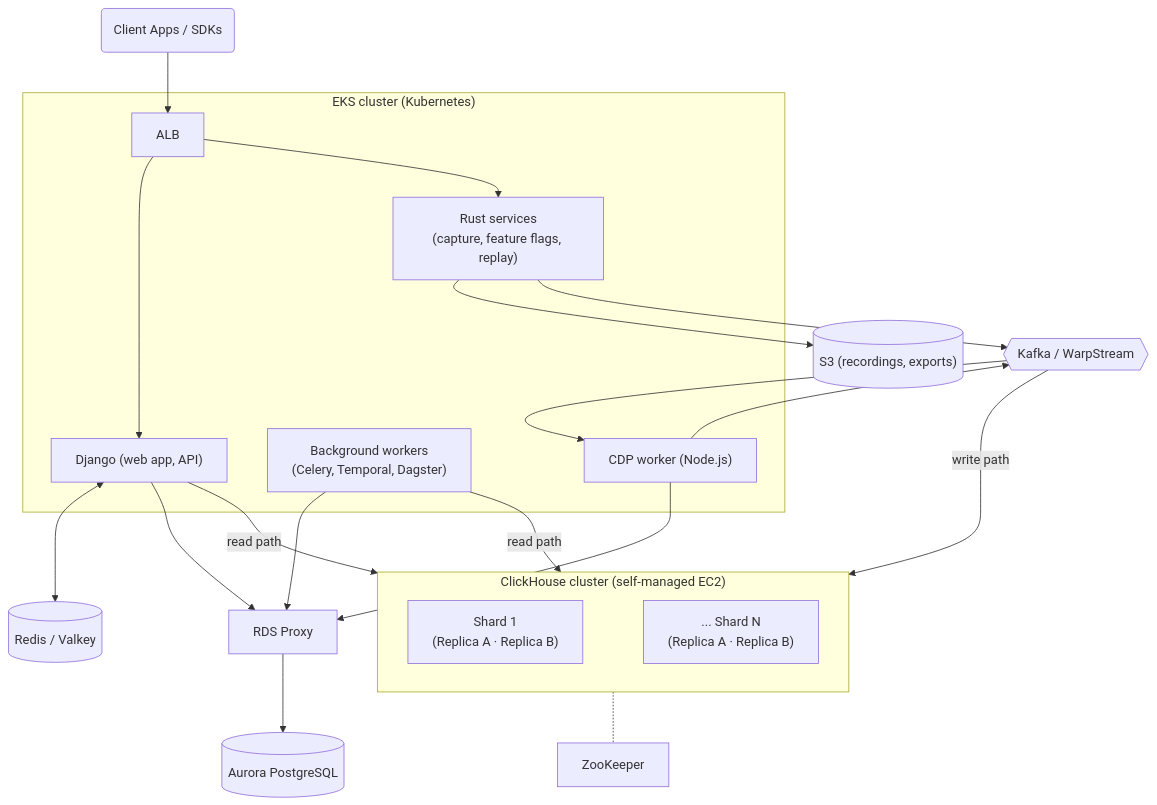
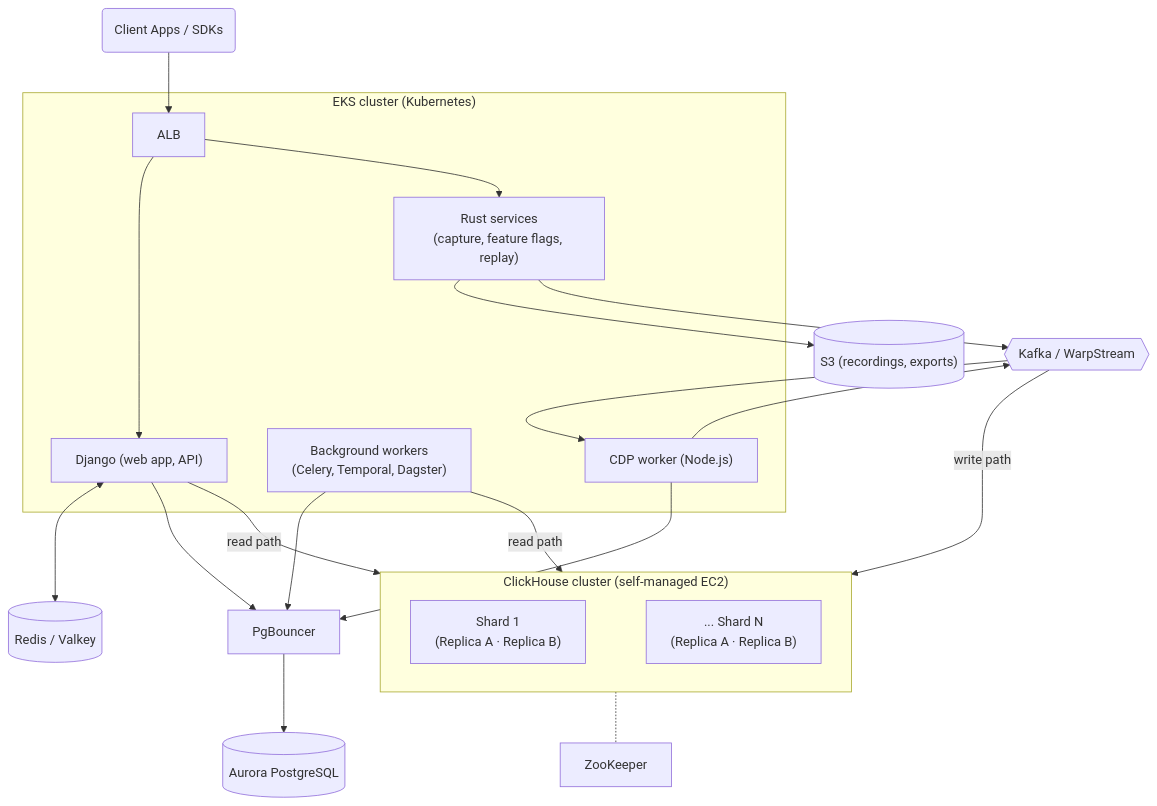
One commit to PostHog/posthog.com changed the third of 3 diagrams in contents/docs/how-posthog-works/index.mdx. Above: the diagram before and after it, drawn with Mermaid.

Commit message:
Fix infrastructure diagram: RDS Proxy → PgBouncer

````diff
--- a/contents/docs/how-posthog-works/index.mdx
+++ b/contents/docs/how-posthog-works/index.mdx
@@ -81,34 +81,34 @@
 ```mermaid
 flowchart TD
     ClientApps("Client Apps / SDKs") --> ALB
 
     subgraph EKS ["EKS cluster (Kubernetes)"]
         ALB --> Django["Django (web app, API)"]
         ALB --> Rust["Rust services<br/>(capture, feature flags, replay)"]
         Workers["Background workers<br/>(Celery, Temporal, Dagster)"]
         CDP["CDP worker (Node.js)"]
     end
 
     Django <--> Redis[("Redis / Valkey")]
     Rust --> S3[("S3 (recordings, exports)")]
 
     Rust --> Kafka{{Kafka / WarpStream}}
     Kafka --> CDP
     CDP --> Kafka
 
     Django --read path--> CH
     Workers --read path--> CH
     Kafka --write path--> CH
 
     subgraph CH ["ClickHouse cluster (self-managed EC2)"]
         direction LR
         S1["Shard 1<br/>(Replica A · Replica B)"] ~~~ SN["... Shard N<br/>(Replica A · Replica B)"]
     end
 
     CH -.- ZK[ZooKeeper]
 
-    Django --> RDSProxy
-    Workers --> RDSProxy
-    CDP --> RDSProxy
-    RDSProxy[RDS Proxy] --> PG[("Aurora PostgreSQL")]
+    Django --> PgBouncer
+    Workers --> PgBouncer
+    CDP --> PgBouncer
+    PgBouncer[PgBouncer] --> PG[("Aurora PostgreSQL")]
 ```
````
